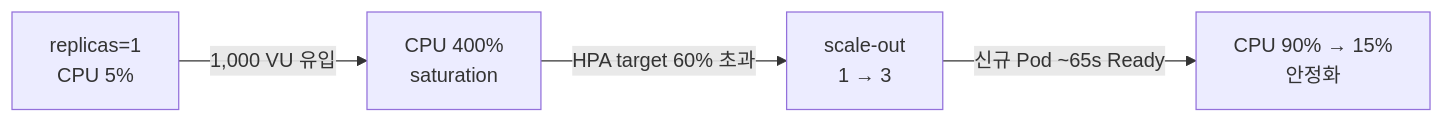
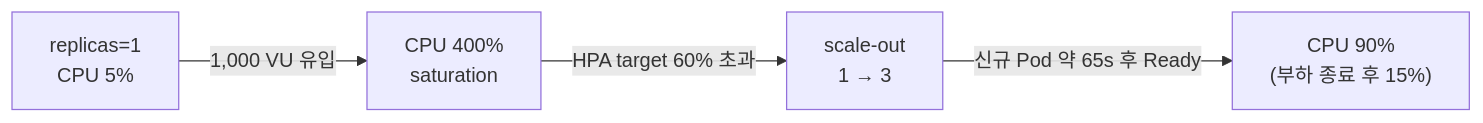
One commit to Kimgyuilli/blog changed the second of 3 diagrams in src/content/blog/peekcart-17-order-concurrency-hpa.md. Above: the diagram before and after it, drawn with Mermaid. The commit also changed other lines of this file and 6 other files, not shown here.

````diff
--- a/src/content/blog/peekcart-17-order-concurrency-hpa.md
+++ b/src/content/blog/peekcart-17-order-concurrency-hpa.md
@@ -316,6 +321,6 @@
 ```mermaid  
 flowchart LR  
     A["replicas=1<br/>CPU 5%"] -->|"1,000 VU 유입"| B["CPU 400%<br/>saturation"]  
     B -->|"HPA target 60% 초과"| C["scale-out<br/>1 → 3"]  
-    C -->|"신규 Pod ~65s Ready"| D["CPU 90% → 15%<br/>안정화"]  
+    C -->|"신규 Pod 약 65s 후 Ready"| D["CPU 90%<br/>(부하 종료 후 15%)"]  
 ```  
````
